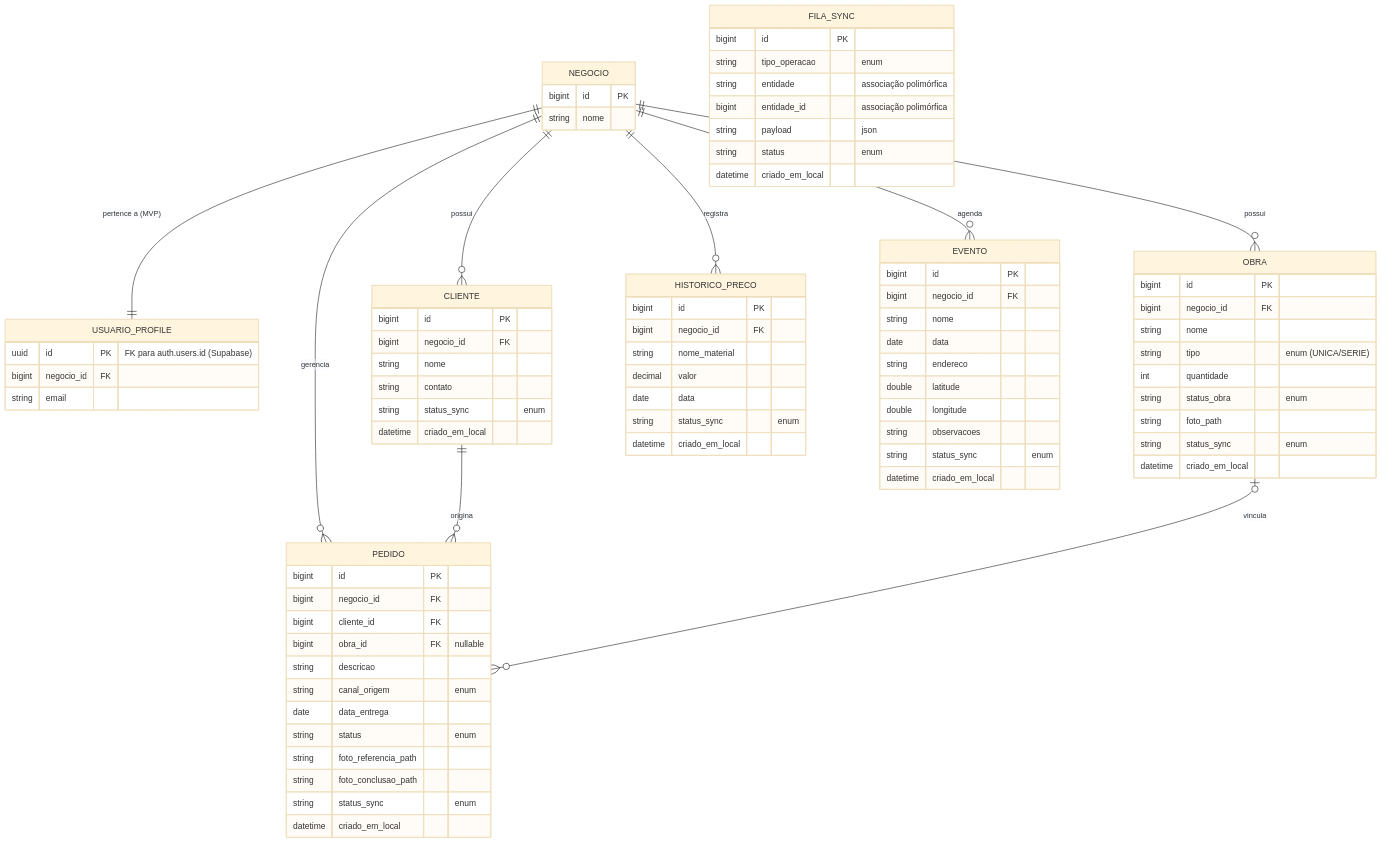
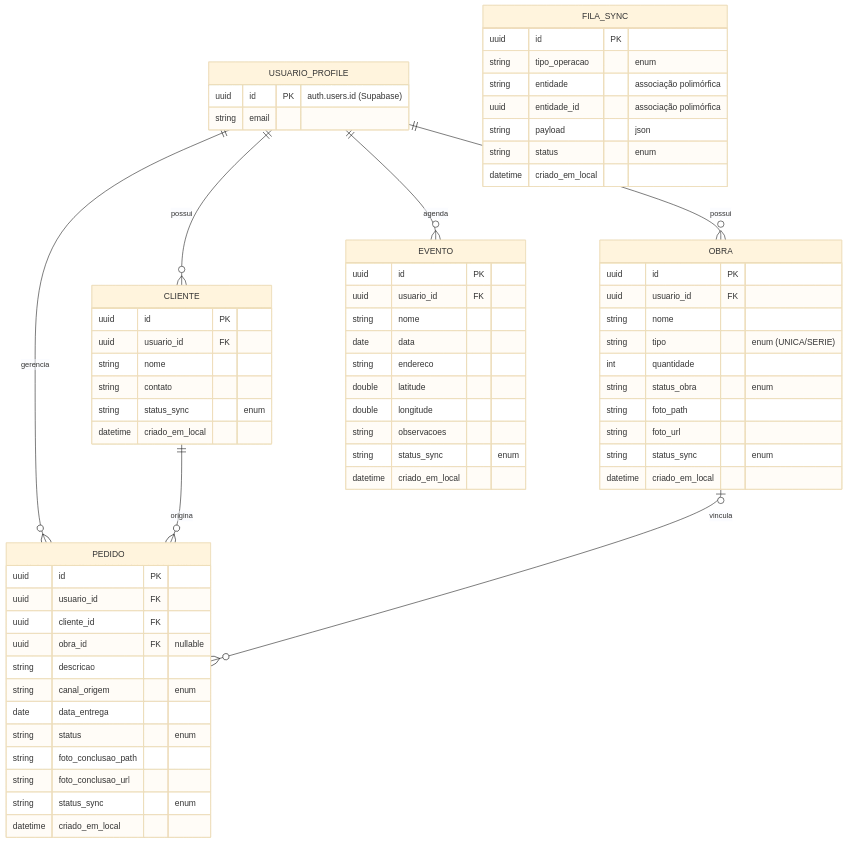
Before and after one commit to rmofilh/ate: the third of 12 diagrams in docs/ate-fase2.md, drawn with Mermaid (base theme). The commit also changed other lines of this file and 1 other file, not shown here.

````diff
--- a/docs/ate-fase2.md
+++ b/docs/ate-fase2.md
@@ -648,29 +608,21 @@
 ```mermaid
 erDiagram
-    NEGOCIO ||--|| USUARIO_PROFILE : "pertence a (MVP)"
-    NEGOCIO ||--o{ CLIENTE : possui
-    NEGOCIO ||--o{ PEDIDO : gerencia
-    NEGOCIO ||--o{ OBRA : possui
-    NEGOCIO ||--o{ HISTORICO_PRECO : registra
-    NEGOCIO ||--o{ EVENTO : agenda
+    USUARIO_PROFILE ||--o{ CLIENTE : possui
+    USUARIO_PROFILE ||--o{ PEDIDO : gerencia
+    USUARIO_PROFILE ||--o{ OBRA : possui
+    USUARIO_PROFILE ||--o{ EVENTO : agenda
     
     CLIENTE ||--o{ PEDIDO : origina
     OBRA |o--o{ PEDIDO : vincula
 
-    NEGOCIO {
-        bigint id PK
-        string nome
-    }
-    
     USUARIO_PROFILE {
-        uuid id PK "FK para auth.users.id (Supabase)"
-        bigint negocio_id FK
+        uuid id PK "auth.users.id (Supabase)"
         string email
     }
     
     CLIENTE {
-        bigint id PK
-        bigint negocio_id FK
+        uuid id PK
+        uuid usuario_id FK
         string nome
         string contato
         string status_sync "enum"
@@ -678,45 +630,36 @@
     }
     
     PEDIDO {
-        bigint id PK
-        bigint negocio_id FK
-        bigint cliente_id FK
-        bigint obra_id FK "nullable"
+        uuid id PK
+        uuid usuario_id FK
+        uuid cliente_id FK
+        uuid obra_id FK "nullable"
         string descricao
         string canal_origem "enum"
         date data_entrega
         string status "enum"
-        string foto_referencia_path
         string foto_conclusao_path
+        string foto_conclusao_url
         string status_sync "enum"
         datetime criado_em_local
     }
     
     OBRA {
-        bigint id PK
-        bigint negocio_id FK
+        uuid id PK
+        uuid usuario_id FK
         string nome
         string tipo "enum (UNICA/SERIE)"
         int quantidade
         string status_obra "enum"
         string foto_path
-        string status_sync "enum"
-        datetime criado_em_local
-    }
-    
-    HISTORICO_PRECO {
-        bigint id PK
-        bigint negocio_id FK
-        string nome_material
-        decimal valor
-        date data
+        string foto_url
         string status_sync "enum"
         datetime criado_em_local
     }
     
     EVENTO {
-        bigint id PK
-        bigint negocio_id FK
+        uuid id PK
+        uuid usuario_id FK
         string nome
         date data
         string endereco
@@ -728,10 +671,10 @@
     }
     
     FILA_SYNC {
-        bigint id PK
+        uuid id PK
         string tipo_operacao "enum"
         string entidade "associação polimórfica"
-        bigint entidade_id "associação polimórfica"
+        uuid entidade_id "associação polimórfica"
         string payload "json"
         string status "enum"
         datetime criado_em_local
````
